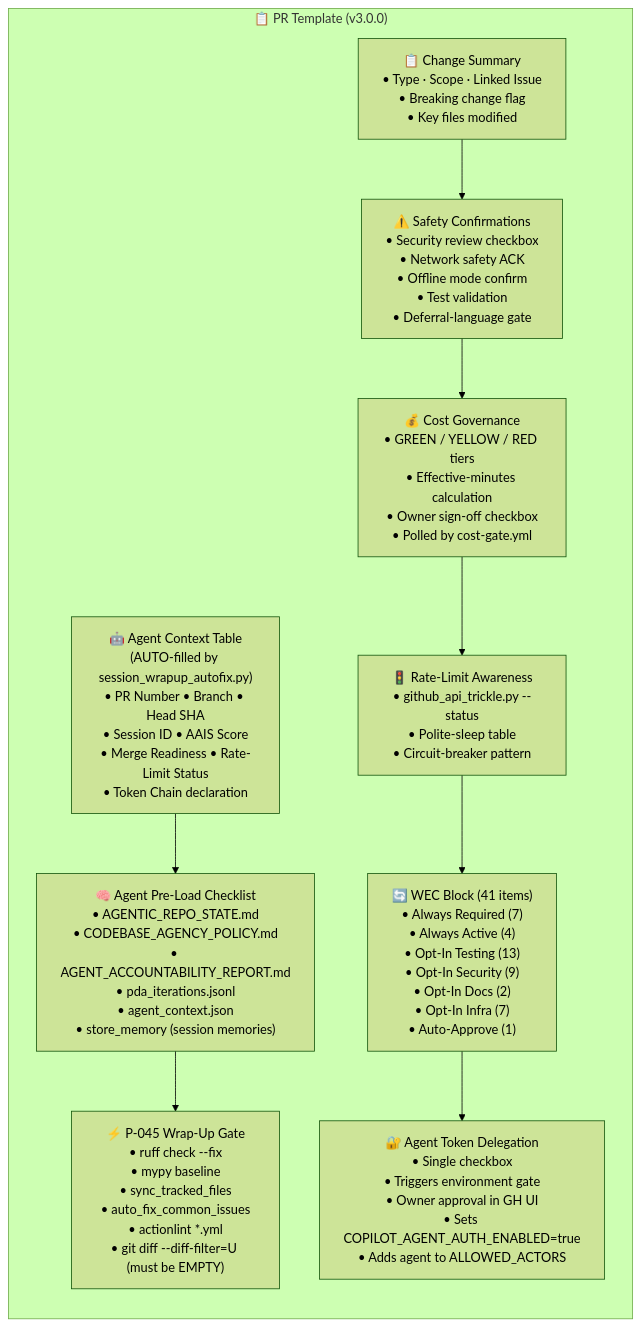
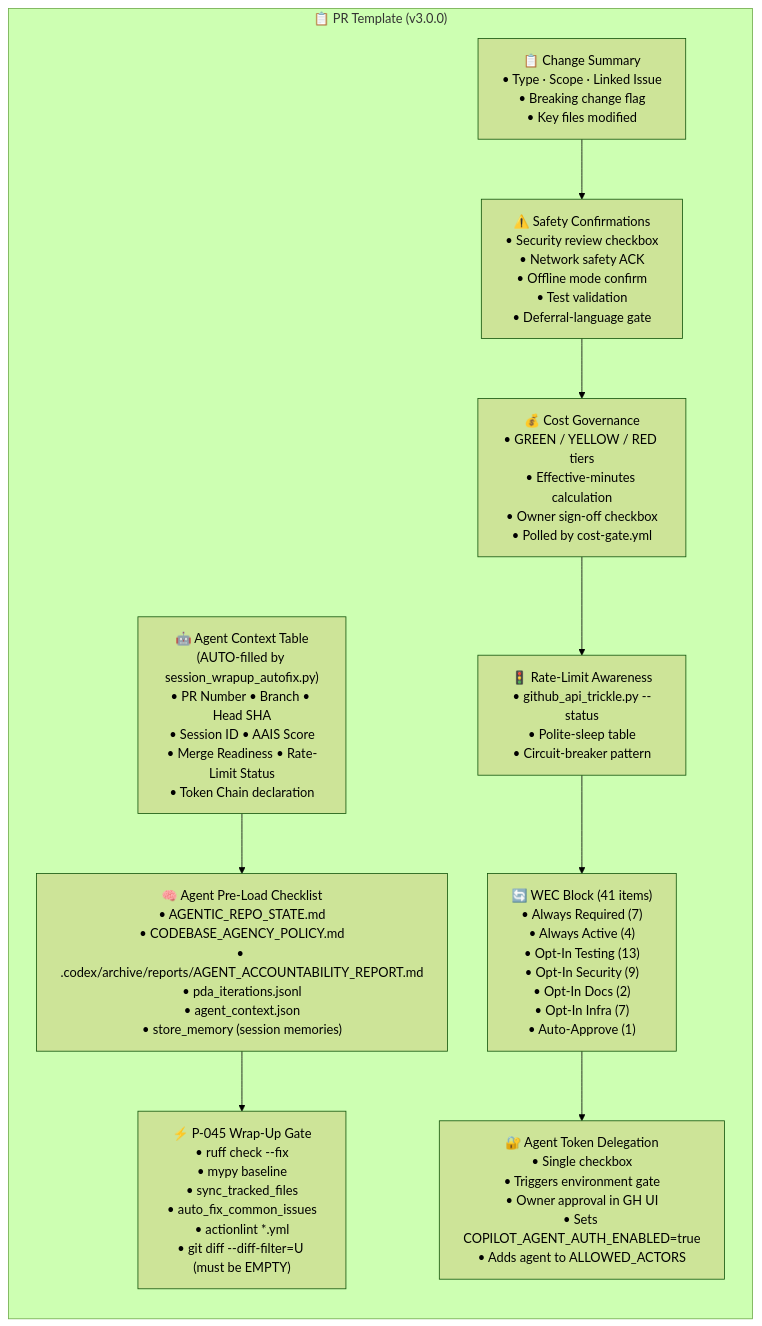
Before and after one commit to Aries-Serpent/_codex_: the third of 12 diagrams in docs/plans/AUTONOMOUS_PRIVILEGE_ARCHITECTURE.md, drawn with Mermaid (forest theme). The commit also changed other lines of this file and 1343 other files, not shown here.

````diff
--- a/docs/plans/AUTONOMOUS_PRIVILEGE_ARCHITECTURE.md
+++ b/docs/plans/AUTONOMOUS_PRIVILEGE_ARCHITECTURE.md
@@ -110,18 +110,18 @@
 ```mermaid
 %%{init: {'accessibility': {'title': 'Flowchart showing "📋 PR Template (v3.0.0)", "🤖 Agent Context Table\n(AUTO-filled by session_wrapup_autofix.py)\n• PR Number • Branch • Head SHA\n• Session ID • AAIS Score\n• Merge Readiness • Rate-Limit Status\n• Token Chain declaration"'}}%%
 graph LR
     subgraph TEMPLATE["📋 PR Template (v3.0.0)"]
         META["🤖 Agent Context Table\n(AUTO-filled by session_wrapup_autofix.py)\n• PR Number • Branch • Head SHA\n• Session ID • AAIS Score\n• Merge Readiness • Rate-Limit Status\n• Token Chain declaration"]
-        PRE["🧠 Agent Pre-Load Checklist\n• AGENTIC_REPO_STATE.md\n• CODEBASE_AGENCY_POLICY.md\n• AGENT_ACCOUNTABILITY_REPORT.md\n• pda_iterations.jsonl\n• agent_context.json\n• store_memory (session memories)"]
+        PRE["🧠 Agent Pre-Load Checklist\n• AGENTIC_REPO_STATE.md\n• CODEBASE_AGENCY_POLICY.md\n• .codex/archive/reports/AGENT_ACCOUNTABILITY_REPORT.md\n• pda_iterations.jsonl\n• agent_context.json\n• store_memory (session memories)"]
         P045["⚡ P-045 Wrap-Up Gate\n• ruff check --fix\n• mypy baseline\n• sync_tracked_files\n• auto_fix_common_issues\n• actionlint *.yml\n• git diff --diff-filter=U (must be EMPTY)"]
         CHANGE["📋 Change Summary\n• Type · Scope · Linked Issue\n• Breaking change flag\n• Key files modified"]
         SAFETY["⚠️ Safety Confirmations\n• Security review checkbox\n• Network safety ACK\n• Offline mode confirm\n• Test validation\n• Deferral-language gate"]
         COST["💰 Cost Governance\n• GREEN / YELLOW / RED tiers\n• Effective-minutes calculation\n• Owner sign-off checkbox\n• Polled by cost-gate.yml"]
         RATELIMIT["🚦 Rate-Limit Awareness\n• github_api_trickle.py --status\n• Polite-sleep table\n• Circuit-breaker pattern"]
         WEC_BLOCK["🔄 WEC Block (41 items)\n• Always Required (7)\n• Always Active (4)\n• Opt-In Testing (13)\n• Opt-In Security (9)\n• Opt-In Docs (2)\n• Opt-In Infra (7)\n• Auto-Approve (1)"]
         DELEGATION["🔐 Agent Token Delegation\n• Single checkbox\n• Triggers environment gate\n• Owner approval in GH UI\n• Sets COPILOT_AGENT_AUTH_ENABLED=true\n• Adds agent to ALLOWED_ACTORS"]
     end
 
     META --> PRE --> P045
     CHANGE --> SAFETY --> COST --> RATELIMIT --> WEC_BLOCK --> DELEGATION
 ```
````
